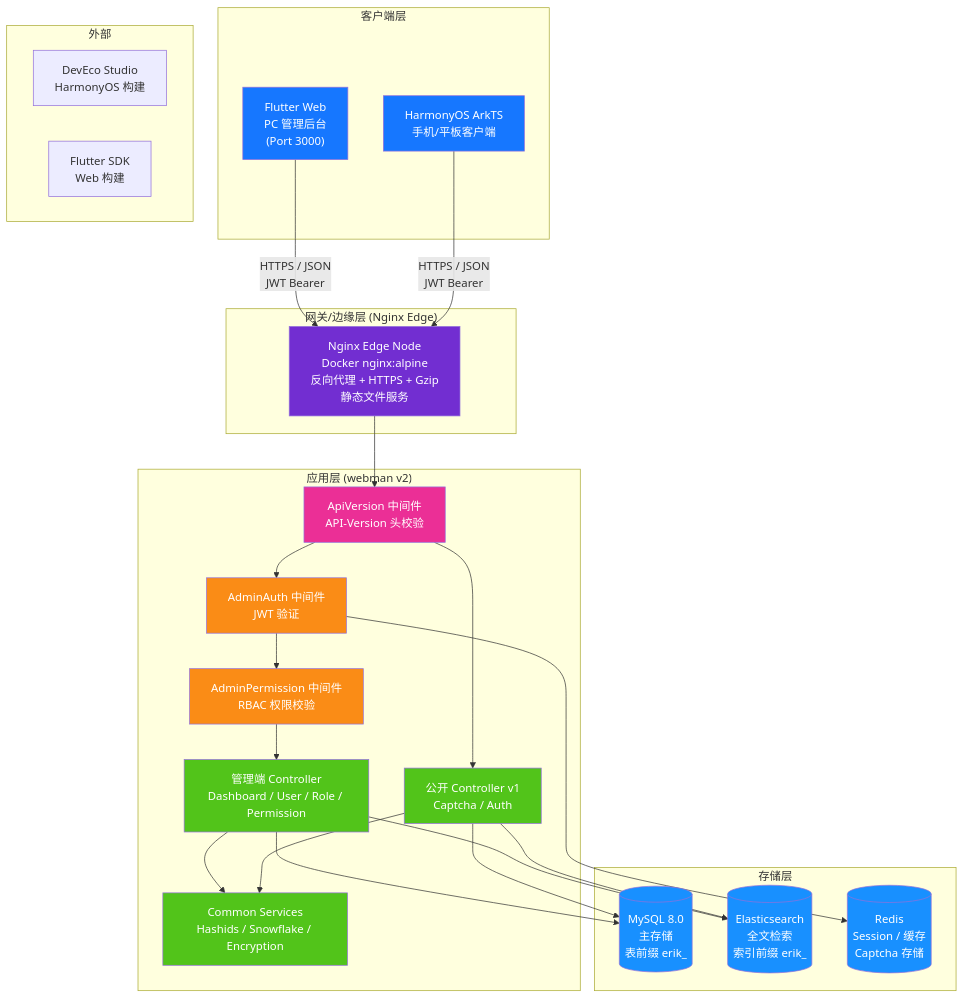
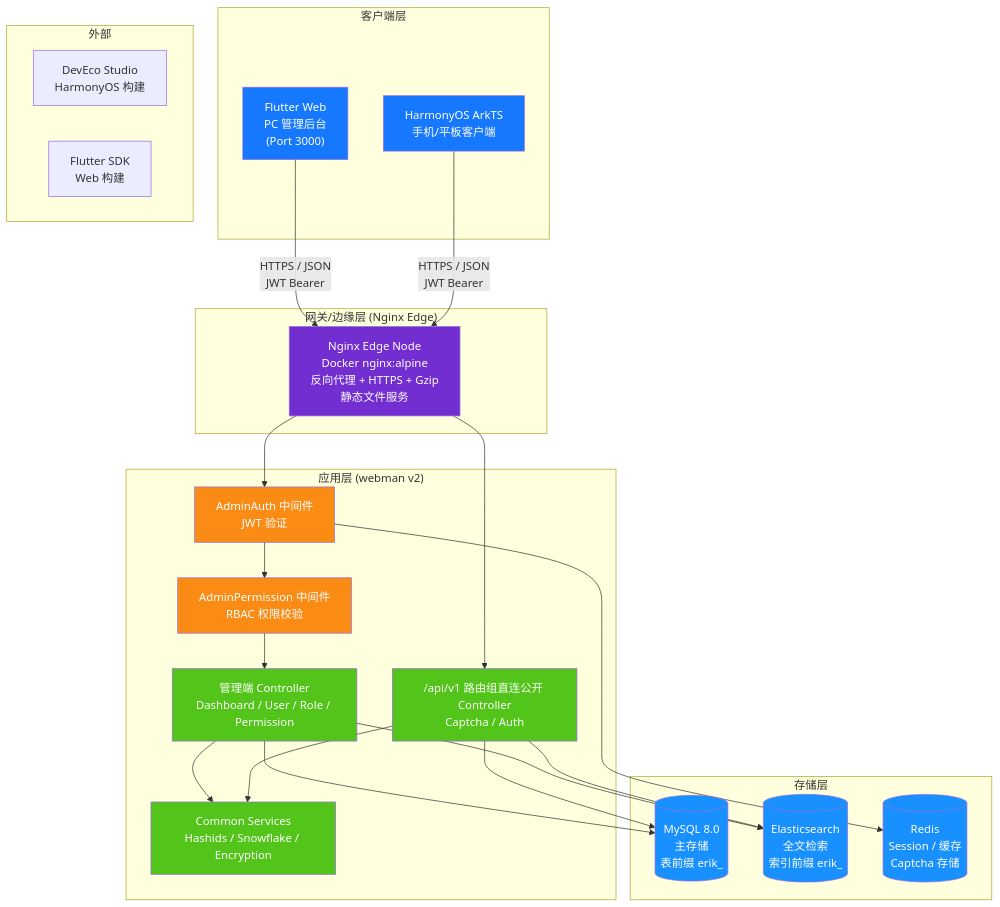
One commit to erikwang2013/open-admin changed the first of 14 diagrams in docs/ARCHITECTURE.md. Above: the diagram before and after it, drawn with Mermaid. The commit also changed other lines of this file and 118 other files, not shown here.

````diff
--- a/docs/ARCHITECTURE.md
+++ b/docs/ARCHITECTURE.md
@@ -11,59 +11,56 @@
 ```mermaid
 flowchart TB
     subgraph "客户端层"
         A1["Flutter Web<br/>PC 管理后台<br/>(Port 3000)"]
         A2["HarmonyOS ArkTS<br/>手机/平板客户端"]
     end
 
     subgraph "网关/边缘层 (Nginx Edge)"
         B1["Nginx Edge Node<br/>Docker nginx:alpine<br/>反向代理 + HTTPS + Gzip<br/>静态文件服务"]
     end
 
     subgraph "应用层 (webman v2)"
-        C0["ApiVersion 中间件<br/>API-Version 头校验"]
         C1["AdminAuth 中间件<br/>JWT 验证"]
         C2["AdminPermission 中间件<br/>RBAC 权限校验"]
         C3["管理端 Controller<br/>Dashboard / User / Role / Permission"]
-        C4["公开 Controller v1<br/>Captcha / Auth"]
+        C4["/api/v1 路由组直连公开 Controller<br/>Captcha / Auth"]
         C5["Common Services<br/>Hashids / Snowflake / Encryption"]
     end
 
     subgraph "存储层"
         D1[("MySQL 8.0<br/>主存储<br/>表前缀 erik_")]
         D2[("Elasticsearch<br/>全文检索<br/>索引前缀 erik_")]
         D3[("Redis<br/>Session / 缓存<br/>Captcha 存储")]
     end
 
     subgraph "外部"
         E1["DevEco Studio<br/>HarmonyOS 构建"]
         E2["Flutter SDK<br/>Web 构建"]
     end
 
     A1 -->|"HTTPS / JSON<br/>JWT Bearer"| B1
     A2 -->|"HTTPS / JSON<br/>JWT Bearer"| B1
-    B1 --> C0
-    C0 --> C1
+    B1 --> C1
+    B1 --> C4
     C1 --> C2
     C2 --> C3
-    C0 --> C4
     C3 --> C5
     C4 --> C5
     C3 --> D1
     C4 --> D1
     C3 --> D2
     C4 --> D2
     C1 --> D3
 
     style A1 fill:#1677FF,color:#fff
     style A2 fill:#1677FF,color:#fff
     style B1 fill:#722ED1,color:#fff
-    style C0 fill:#EB2F96,color:#fff
     style C1 fill:#FA8C16,color:#fff
     style C2 fill:#FA8C16,color:#fff
     style C3 fill:#52C41A,color:#fff
     style C4 fill:#52C41A,color:#fff
     style C5 fill:#52C41A,color:#fff
     style D1 fill:#1890FF,color:#fff
     style D2 fill:#1890FF,color:#fff
     style D3 fill:#1890FF,color:#fff
 ```
````
